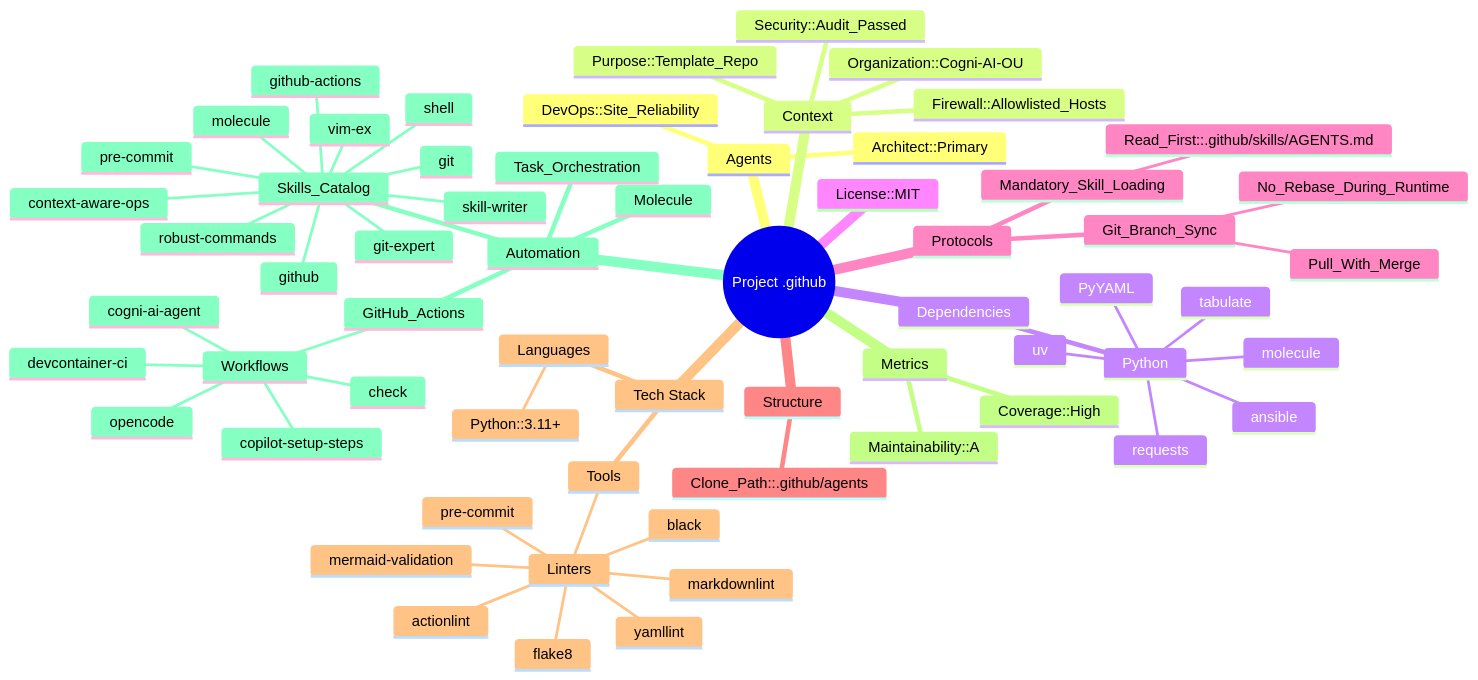
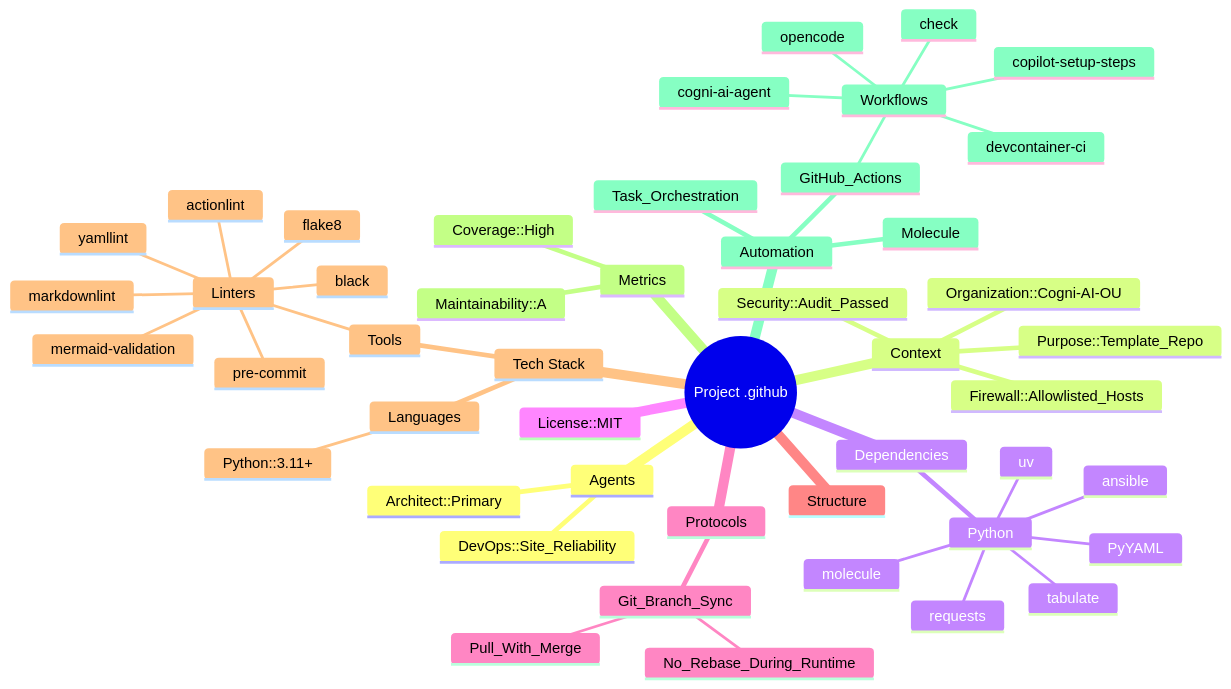
Before and after one commit to Cogni-AI-OU/.github: the diagram in FACTS.mmd, drawn with Mermaid. The commit also changed 58 other files, not shown here.

```diff
--- a/FACTS.mmd
+++ b/FACTS.mmd
@@ -1,64 +1,49 @@
 mindmap
   root((Project .github))
     Agents
       Architect::Primary
       DevOps::Site_Reliability
     Context
       Organization::Cogni-AI-OU
       Purpose::Template_Repo
       Security::Audit_Passed
       Firewall::Allowlisted_Hosts
     Dependencies
       Python
         PyYAML
         requests
         tabulate
         ansible
         molecule
         uv
     License::MIT
     Protocols
       Git_Branch_Sync
         No_Rebase_During_Runtime
         Pull_With_Merge
-      Mandatory_Skill_Loading
-        Read_First::.github/skills/AGENTS.md
     Structure
-      Clone_Path::.github/agents
     Tech Stack
       Languages
         Python::3.11+
       Tools
         Linters
           actionlint
           black
           flake8
           markdownlint
           mermaid-validation
           pre-commit
           yamllint
     Metrics
       Coverage::High
       Maintainability::A
     Automation
       GitHub_Actions
         Workflows
           check
           cogni-ai-agent
           copilot-setup-steps
           devcontainer-ci
           opencode
       Molecule
       Task_Orchestration
-      Skills_Catalog
-        context-aware-ops
-        git
-        git-expert
-        github
-        github-actions
-        molecule
-        pre-commit
-        robust-commands
-        shell
-        skill-writer
-        vim-ex
```
